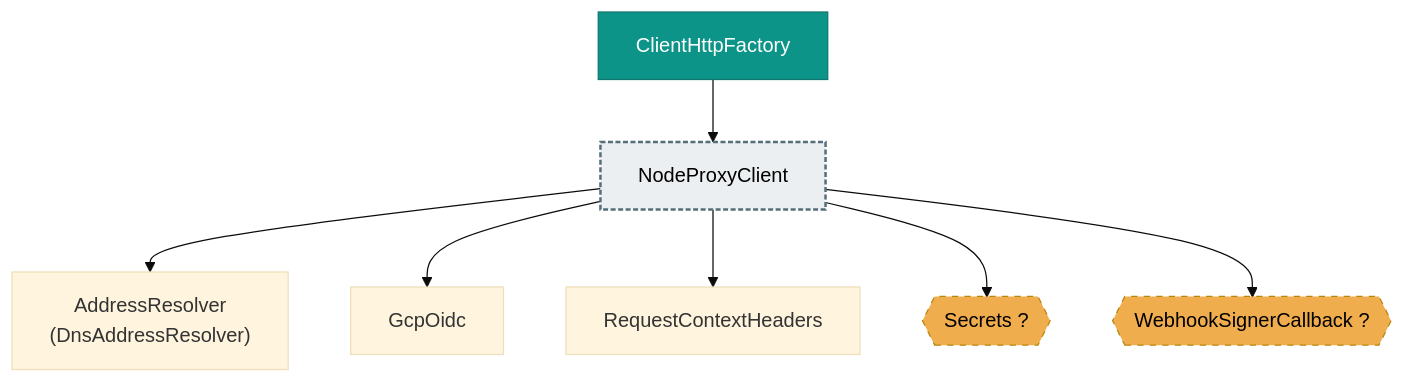
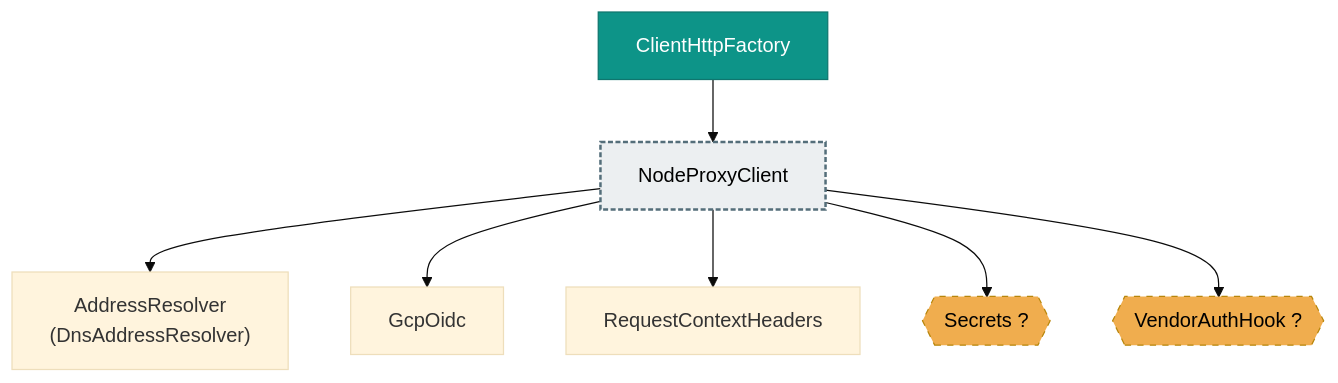
The diagram in packages/http/http-client-node/design.md (deanhiller/webpieces-ts), drawn with Mermaid (base theme) before and after one commit. The commit also changed 121 other files, not shown here.

First line of the commit message:
REST verbs, 0-byte void responses, EXTERNAL_INBOUND/OUTBOUND, vendorAuth, HTTP log facts and QueryParams (#1344)

````diff
--- a/packages/http/http-client-node/design.md
+++ b/packages/http/http-client-node/design.md
@@ -13,23 +13,23 @@
 ```mermaid
 graph TD
     ClientHttpFactory["ClientHttpFactory"]:::apiImpl
     DnsAddressResolver["AddressResolver<br/>(DnsAddressResolver)"]
     GcpOidc["GcpOidc"]
     NodeProxyClient["NodeProxyClient"]:::many
     RequestContextHeaders["RequestContextHeaders"]
     Secrets{{"Secrets ?"}}:::unresolved
-    WebhookSignerCallback{{"WebhookSignerCallback ?"}}:::unresolved
+    VendorAuthHook{{"VendorAuthHook ?"}}:::unresolved
     ClientHttpFactory --> NodeProxyClient
     NodeProxyClient --> DnsAddressResolver
     NodeProxyClient --> GcpOidc
     NodeProxyClient --> RequestContextHeaders
     NodeProxyClient --> Secrets
-    NodeProxyClient --> WebhookSignerCallback
+    NodeProxyClient --> VendorAuthHook
     classDef controller fill:#1f6feb,color:#ffffff,stroke:#0d419d
     classDef apiImpl fill:#0d9488,color:#ffffff,stroke:#0f766e
     classDef component fill:#2da44e,color:#ffffff,stroke:#1a7f37
     classDef unresolved fill:#f0ad4e,color:#000000,stroke:#b8860b,stroke-dasharray: 5 5
     classDef external fill:#b39ddb,color:#000000,stroke:#5e35b1,stroke-width:3px
     classDef api fill:#4fc3f7,color:#000000,stroke:#0277bd,stroke-width:3px
     classDef many fill:#eceff1,color:#000000,stroke:#546e7a,stroke-width:2px,stroke-dasharray: 4 2
 ```
````
